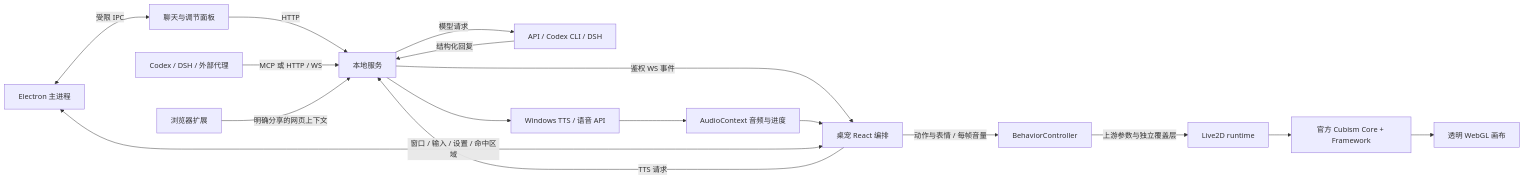
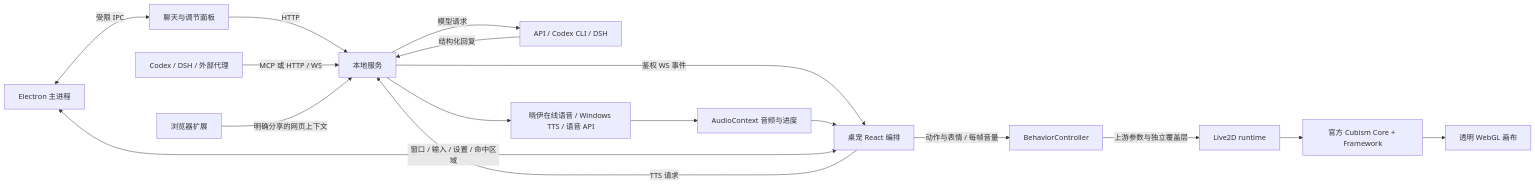
One commit to lcyyun/deepseek-chan-companion changed the diagram in docs/maintenance-guide.md. Above: the diagram before and after it, drawn with Mermaid. The commit also changed other lines of this file and 57 other files, not shown here.

````diff
--- a/docs/maintenance-guide.md
+++ b/docs/maintenance-guide.md
@@ -9,19 +13,19 @@
 ```mermaid
 flowchart LR
   UI[聊天与调节面板] -->|HTTP| Service[本地服务]
   Agent[Codex / DSH / 外部代理] -->|MCP 或 HTTP / WS| Service
   Browser[浏览器扩展] -->|明确分享的网页上下文| Service
   Service -->|模型请求| Provider[API / Codex CLI / DSH]
   Provider -->|结构化回复| Service
   Service -->|鉴权 WS 事件| Pet[桌宠 React 编排]
   Pet -->|动作与表情 / 每帧音量| Behavior[BehaviorController]
   Behavior -->|上游参数与独立覆盖层| Runtime[Live2D runtime]
   Runtime --> SDK[官方 Cubism Core + Framework]
   SDK --> Canvas[透明 WebGL 画布]
   Pet -->|TTS 请求| Service
-  Service --> Speech[Windows TTS / 语音 API]
+  Service --> Speech[晓伊在线语音 / Windows TTS / 语音 API]
   Speech --> Audio[AudioContext 音频与进度]
   Audio --> Pet
   Main[Electron 主进程] <-->|受限 IPC| UI
   Main <-->|窗口 / 输入 / 设置 / 命中区域| Pet
 ```
````
